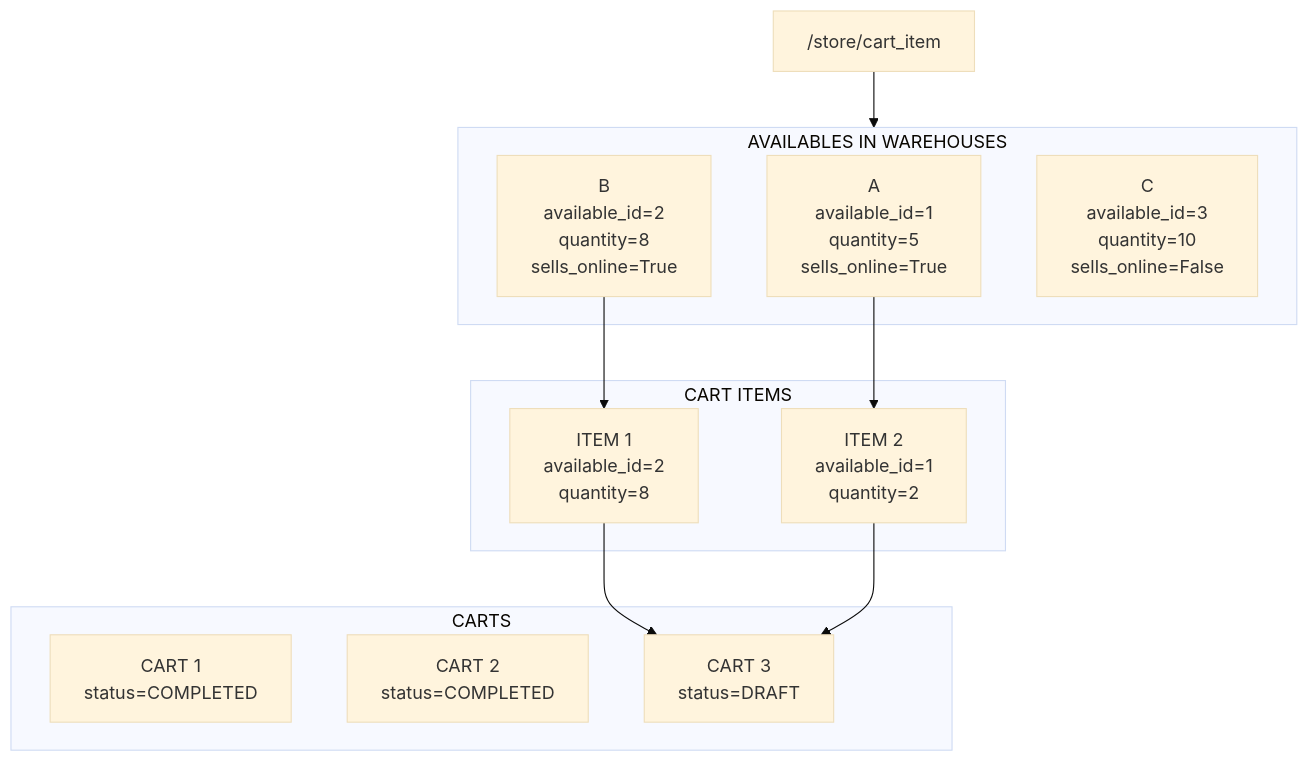
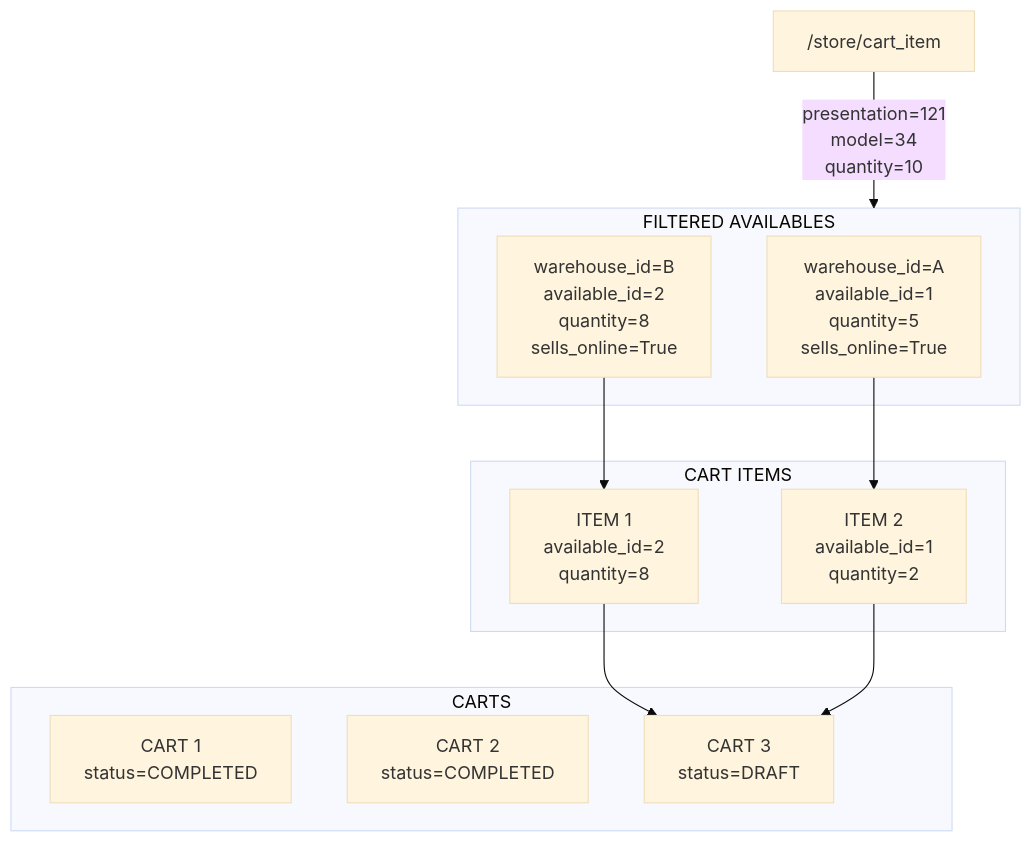
Before and after one commit to DanielValenzuelaPerez/mermaid-demo: the fourth of 4 diagrams in testing/store.md, drawn with Mermaid (base theme). The commit also changed other lines of this file, not shown here.

Commit message:
updated Como funciona agregar articulos

````diff
--- a/testing/store.md
+++ b/testing/store.md
@@ -96,27 +96,27 @@
 ```mermaid
 graph TD
-    endpoint["/store/cart_item"]-->WAREHOUSES
+    endpoint["/store/cart_item"]-->|presentation=121<br>model=34<br>quantity=10|AVAILABLES
 
-    subgraph WAREHOUSES["AVAILABLES IN WAREHOUSES"]
-        A[A<br>available_id=1<br>quantity=5<br>sells_online=True]
-        B[B<br>available_id=2<br>quantity=8<br>sells_online=True]
-        C[C<br>available_id=3<br>quantity=10<br>sells_online=False]
+    subgraph AVAILABLES["FILTERED AVAILABLES"]
+        A[warehouse_id=A<br>available_id=1<br>quantity=5<br>sells_online=True]
+        B[warehouse_id=B<br>available_id=2<br>quantity=8<br>sells_online=True]
     end
+
 
     subgraph CART_ITEMS["CART ITEMS"]
         I_1["ITEM 1"<br>available_id=2<br>quantity=8]
         I_2["ITEM 2"<br>available_id=1<br>quantity=2]
     end
 
     A-->I_2
     B-->I_1
 
     subgraph CARTS
         C_1["CART 1"<br>status=COMPLETED]
         C_2["CART 2"<br>status=COMPLETED]
         C_3["CART 3"<br>status=DRAFT]
     end
 
     I_1 --> C_3
     I_2 --> C_3
 ```
````
